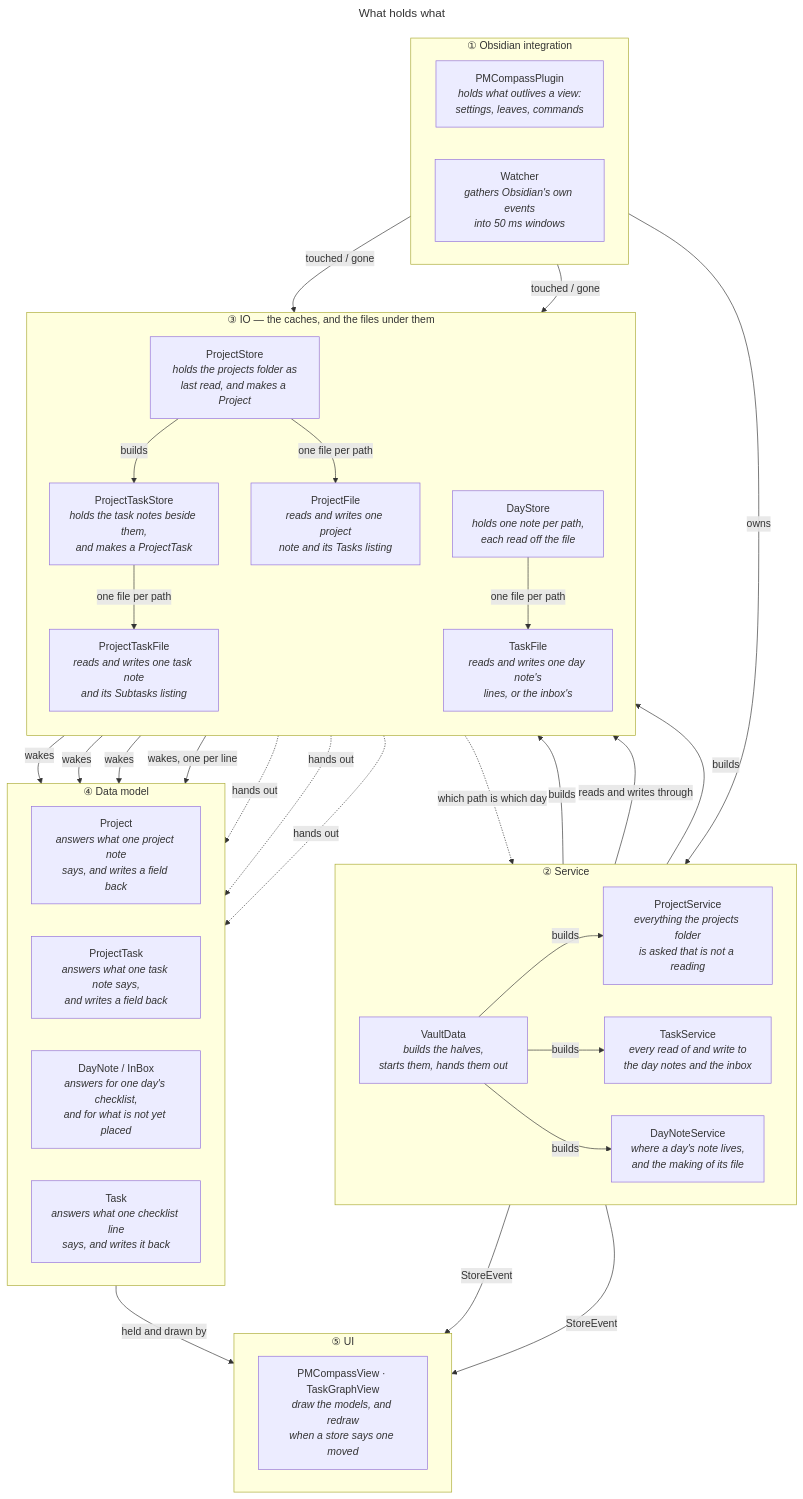
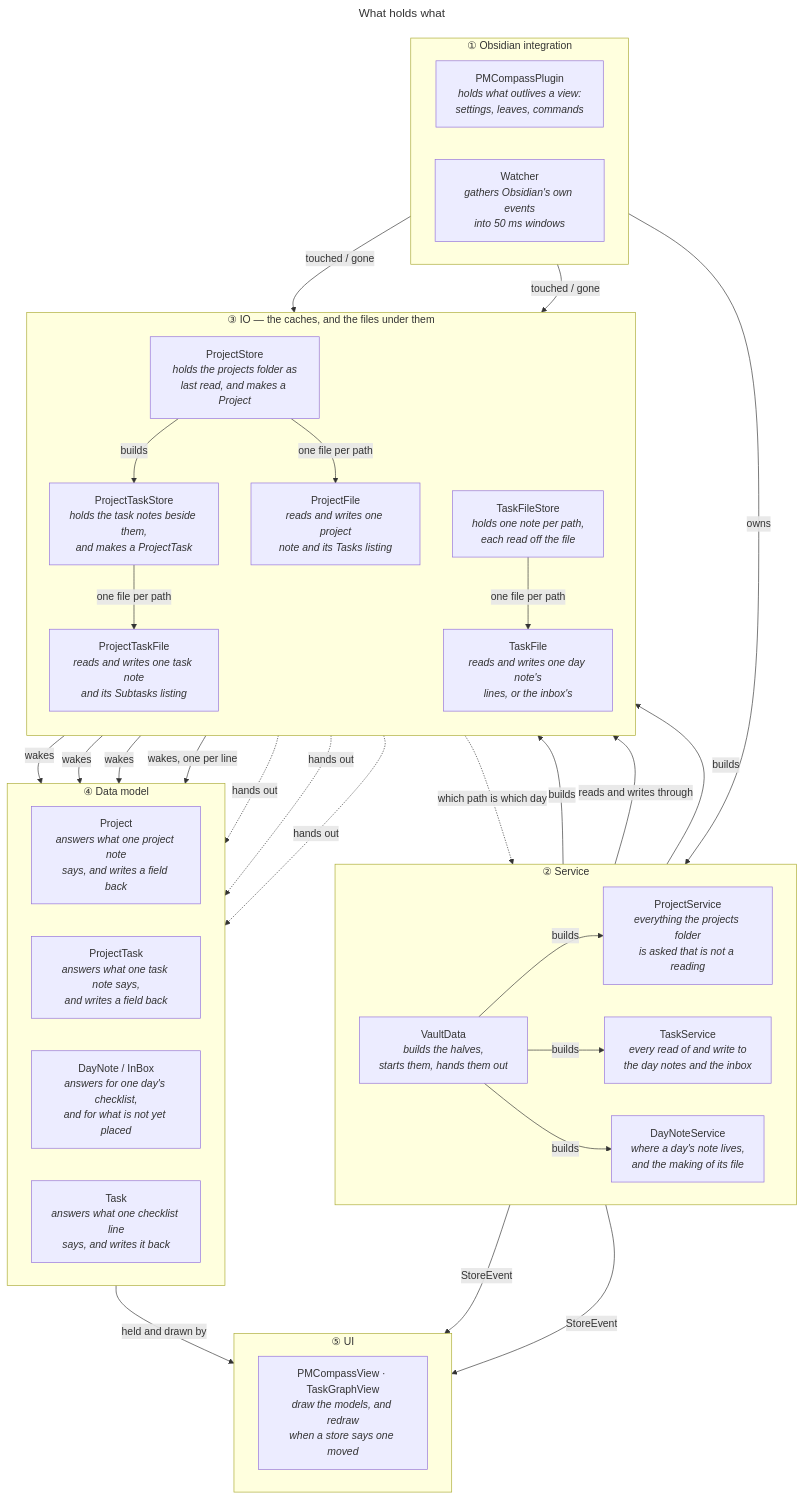
Before and after one commit to Laurent-Ferier/pm-compass: the diagram in docs/technical/diagrams/overview.mmd, drawn with Mermaid. The commit also changed 32 other files, not shown here.

```diff
--- a/docs/technical/diagrams/overview.mmd
+++ b/docs/technical/diagrams/overview.mmd
@@ -1,69 +1,69 @@
 ---
 title: What holds what
 ---
 graph TB
   subgraph obsidian["① Obsidian integration"]
     direction LR
     Plugin["PMCompassPlugin<br/><i>holds what outlives a view:<br/>settings, leaves, commands</i>"]
     Watcher["Watcher<br/><i>gathers Obsidian's own events<br/>into 50 ms windows</i>"]
   end
 
   subgraph service["② Service"]
     direction LR
     Vault["VaultData<br/><i>builds the halves,<br/>starts them, hands them out</i>"]
     Tasks["TaskService<br/><i>every read of and write to<br/>the day notes and the inbox</i>"]
     Projects["ProjectService<br/><i>everything the projects folder<br/>is asked that is not a reading</i>"]
     DayNotes["DayNoteService<br/><i>where a day's note lives,<br/>and the making of its file</i>"]
   end
 
   subgraph io["③ IO — the caches, and the files under them"]
     direction TB
     ProjectStore["ProjectStore<br/><i>holds the projects folder as<br/>last read, and makes a Project</i>"]
     ProjectTaskStore["ProjectTaskStore<br/><i>holds the task notes beside them,<br/>and makes a ProjectTask</i>"]
-    Days["DayStore<br/><i>holds one note per path,<br/>each read off the file</i>"]
+    Days["TaskFileStore<br/><i>holds one note per path,<br/>each read off the file</i>"]
     ProjectFile["ProjectFile<br/><i>reads and writes one project<br/>note and its Tasks listing</i>"]
     ProjectTaskFile["ProjectTaskFile<br/><i>reads and writes one task note<br/>and its Subtasks listing</i>"]
     TaskFile["TaskFile<br/><i>reads and writes one day note's<br/>lines, or the inbox's</i>"]
   end
 
   subgraph models["④ Data model"]
     direction LR
     Project["Project<br/><i>answers what one project note<br/>says, and writes a field back</i>"]
     ProjectTask["ProjectTask<br/><i>answers what one task note says,<br/>and writes a field back</i>"]
     DayNote["DayNote / InBox<br/><i>answers for one day's checklist,<br/>and for what is not yet placed</i>"]
     Task["Task<br/><i>answers what one checklist line<br/>says, and writes it back</i>"]
   end
 
   subgraph ui["⑤ UI"]
     direction LR
     Views["PMCompassView · TaskGraphView<br/><i>draw the models, and redraw<br/>when a store says one moved</i>"]
   end
 
   Plugin -->|owns| Vault
   Watcher -->|touched / gone| ProjectStore
   Watcher -->|touched / gone| Days
 
   Vault -->|builds| ProjectStore
   Vault -->|builds| Projects
   Vault -->|builds| Tasks
   Vault -->|builds| DayNotes
   Projects -->|reads and writes through| ProjectStore
   ProjectStore -->|builds| ProjectTaskStore
   Tasks -->|builds| Days
   Days -.->|which path is which day| DayNotes
   ProjectStore -->|one file per path| ProjectFile
   ProjectTaskStore -->|one file per path| ProjectTaskFile
   Days -->|one file per path| TaskFile
 
   ProjectFile -->|wakes| Project
   ProjectTaskFile -->|wakes| ProjectTask
   TaskFile -->|wakes| DayNote
   TaskFile -->|wakes, one per line| Task
 
   ProjectStore -.->|hands out| Project
   ProjectTaskStore -.->|hands out| ProjectTask
   Days -.->|hands out| DayNote
 
   models -->|held and drawn by| Views
   Projects -->|StoreEvent| Views
   Tasks -->|StoreEvent| Views
```
